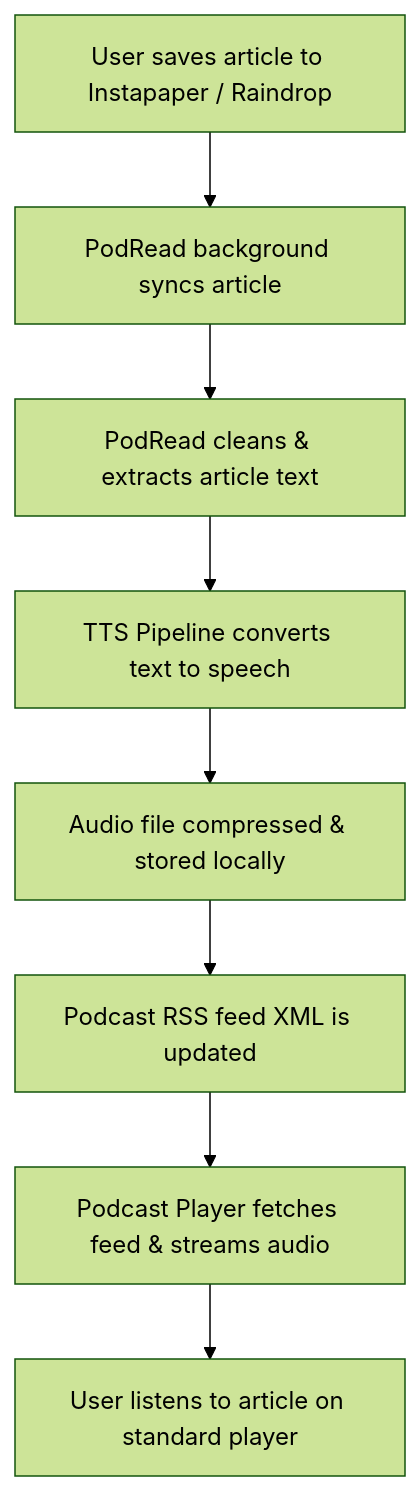
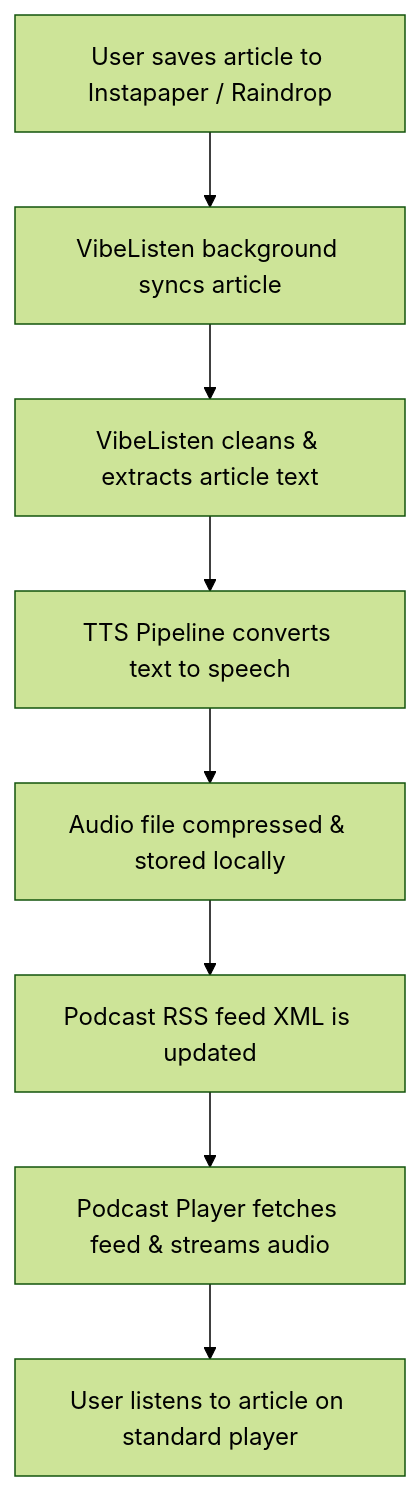
One commit to sean-m-baker/VibeListen changed the diagram in PRD.md. Above: the diagram before and after it, drawn with Mermaid (forest theme). The commit also changed other lines of this file and 2 other files, not shown here.

Commit message:
Rebranding from PodRead to VibeListen

````diff
--- a/PRD.md
+++ b/PRD.md
@@ -16,10 +16,10 @@
 ```mermaid
 graph TD
-    A[User saves article to Instapaper / Raindrop] --> B[PodRead background syncs article]
-    B --> C[PodRead cleans & extracts article text]
+    A[User saves article to Instapaper / Raindrop] --> B[VibeListen background syncs article]
+    B --> C[VibeListen cleans & extracts article text]
     C --> D[TTS Pipeline converts text to speech]
     D --> E[Audio file compressed & stored locally]
     E --> F[Podcast RSS feed XML is updated]
     F --> G[Podcast Player fetches feed & streams audio]
     G --> H[User listens to article on standard player]
 ```
````
